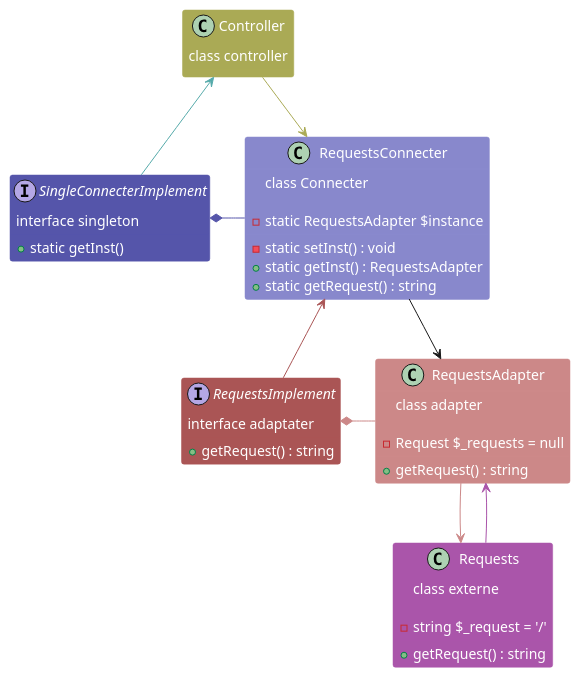
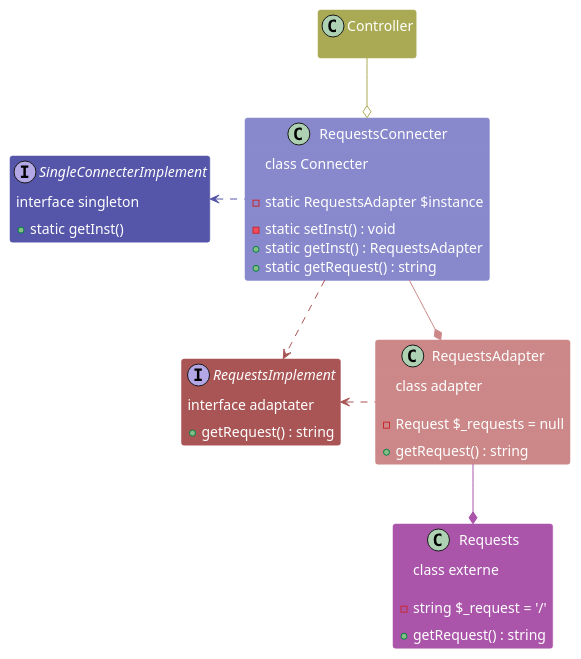
The diagram in diagrammesUml/RequestsRelation.puml (ohabille/maincore), drawn with PlantUML before and after one commit. The commit also changed 8 other files, not shown here.

Commit message:
Diagrammes WIP 16/05/2021

```diff
--- a/diagrammesUml/RequestsRelation.puml
+++ b/diagrammesUml/RequestsRelation.puml
@@ -1,50 +1,46 @@
 @startuml
 
-class Controller #AA5;line:AA5;text:white {
-    class controller
-}
+class Controller #AA5;line:AA5;text:white
 
 interface SingleConnecterImplement #55A;line:55A;text:white {
     interface singleton
 
     +static getInst()
 }
-Controller <== SingleConnecterImplement #line:5AA;
 
 class RequestsConnecter #88C;line:88C;text:white {
     class Connecter
 
     -static RequestsAdapter $instance
     -static setInst() : void
     +static getInst() : RequestsAdapter
     +static getRequest() : string
 }
-Controller ==> RequestsConnecter #line:AA5;
-SingleConnecterImplement *= RequestsConnecter #line:55A;
+SingleConnecterImplement <. RequestsConnecter #line:55A;
+Controller ==o RequestsConnecter #line:AA5;
 
 interface RequestsImplement #A55;line:A55;text:white {
     interface adaptater
 
     +getRequest() : string
 }
-RequestsConnecter <== RequestsImplement #line:A55;
+RequestsConnecter ..> RequestsImplement #line:A55;
 
 class RequestsAdapter #C88;line:C88;text:white {
     class adapter
 
     -Request $_requests = null
     +getRequest() : string
 }
-RequestsImplement *= RequestsAdapter #line:C88;
-RequestsConnecter ==> RequestsAdapter
+RequestsImplement <. RequestsAdapter #line:A55;
+RequestsConnecter ==* RequestsAdapter #line:C88;
 
 class Requests #A5A;line:A5A;text:white {
     class externe
 
     -string $_request = '/'
     +getRequest() : string
 }
-RequestsAdapter ==> Requests #line:C88;
-RequestsAdapter <== Requests #line:A5A;
+RequestsAdapter ==* Requests #line:A5A;
 
 @enduml
```
